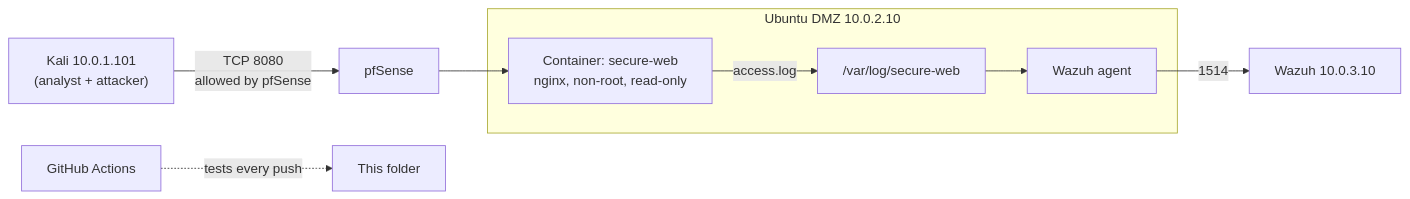
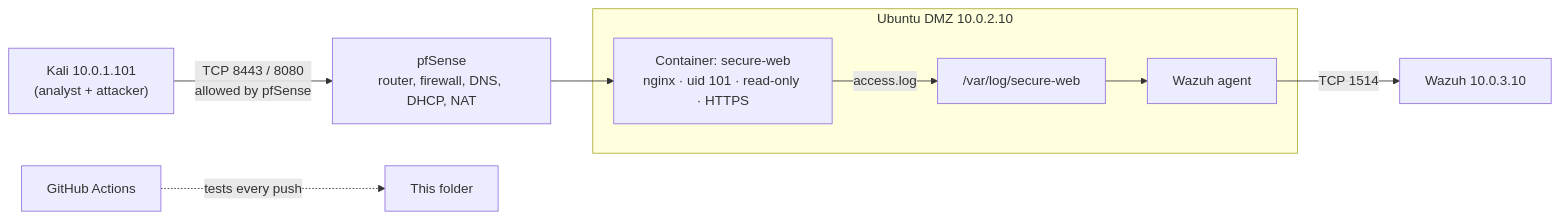
Before and after one commit to emmanuelrukevwe123-lgtm/soc-home-lab: the diagram in mini-projects/01-hardened-web-service/README.md, drawn with Mermaid. The commit also changed other lines of this file and 1 other file, not shown here.

````diff
--- a/mini-projects/01-hardened-web-service/README.md
+++ b/mini-projects/01-hardened-web-service/README.md
@@ -20,11 +49,11 @@
 ```mermaid
 flowchart LR
-    KALI["Kali 10.0.1.101<br/>(analyst + attacker)"] -->|"TCP 8080<br/>allowed by pfSense"| PF["pfSense"]
+    KALI["Kali 10.0.1.101<br/>(analyst + attacker)"] -->|"TCP 8443 / 8080<br/>allowed by pfSense"| PF["pfSense<br/>router, firewall, DNS, DHCP, NAT"]
     PF --> WEB
     subgraph UBU["Ubuntu DMZ 10.0.2.10"]
-        WEB["Container: secure-web<br/>nginx, non-root, read-only"] -->|"access.log"| LOGS["/var/log/secure-web"]
+        WEB["Container: secure-web<br/>nginx · uid 101 · read-only · HTTPS"] -->|"access.log"| LOGS["/var/log/secure-web"]
         LOGS --> AGENT["Wazuh agent"]
     end
-    AGENT -->|"1514"| WAZUH["Wazuh 10.0.3.10"]
+    AGENT -->|"TCP 1514"| WAZUH["Wazuh 10.0.3.10"]
     GH["GitHub Actions"] -.->|"tests every push"| REPO["This folder"]
 ```
````
